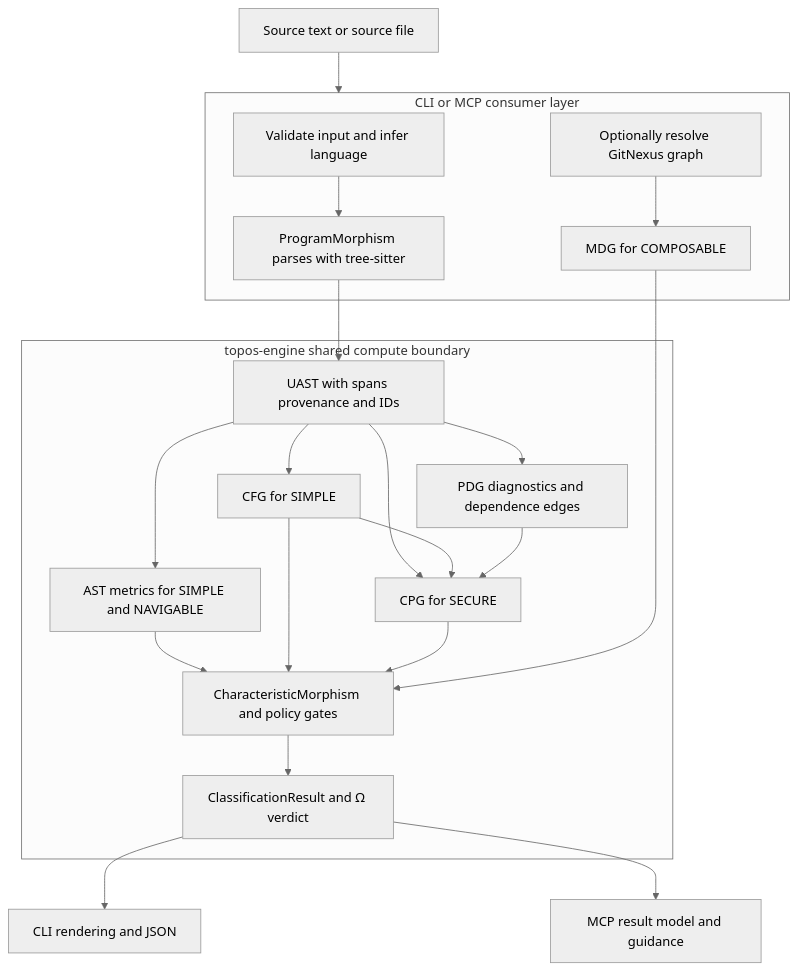
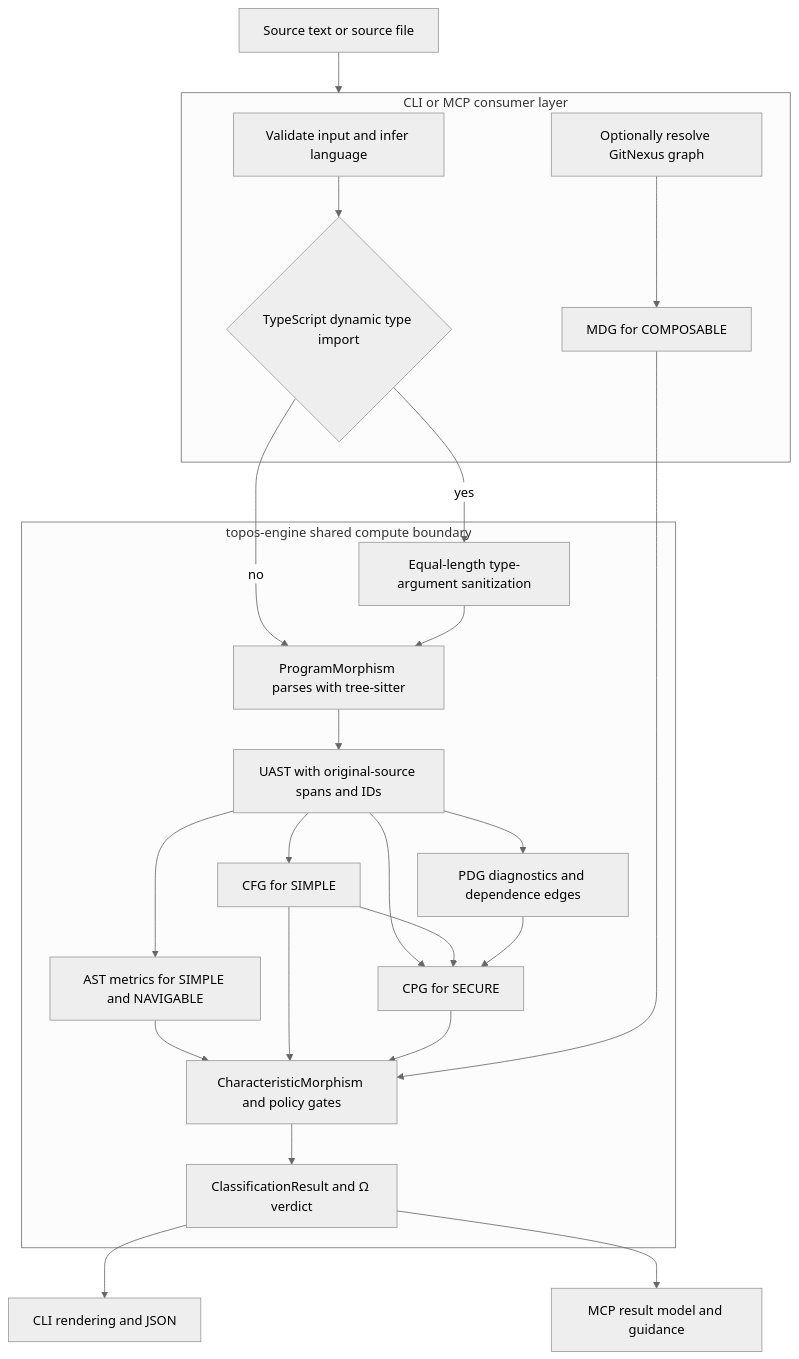
The diagram in openwiki/architecture/overview.md (Krv-Labs/topos), drawn with Mermaid (neutral theme) before and after one commit. The commit also changed other lines of this file and 7 other files, not shown here.

````diff
--- a/openwiki/architecture/overview.md
+++ b/openwiki/architecture/overview.md
@@ -72,26 +76,30 @@
 ```mermaid
 flowchart TD
     Source["Source text or source file"] --> Consumer
     subgraph Consumer["CLI or MCP consumer layer"]
         Input["Validate input and infer language"]
         GraphState["Optionally resolve GitNexus graph"]
-        Input --> Morphism
+        Input --> ParseInput
         GraphState --> Attach
     end
     subgraph Engine["topos-engine shared compute boundary"]
-        Morphism["ProgramMorphism parses with tree-sitter"] --> UAST["UAST with spans provenance and IDs"]
+        ParseInput{"TypeScript dynamic type import"}
+        ParseInput -->|yes| Sanitize["Equal-length type-argument sanitization"]
+        ParseInput -->|no| Morphism
+        Sanitize --> Morphism["ProgramMorphism parses with tree-sitter"]
+        Morphism --> UAST["UAST with original-source spans and IDs"]
         UAST --> AstReadings["AST metrics for SIMPLE and NAVIGABLE"]
         UAST --> CFG["CFG for SIMPLE"]
         UAST --> PDG["PDG diagnostics and dependence edges"]
         UAST --> CPG["CPG for SECURE"]
         CFG --> CPG
         PDG --> CPG
         AstReadings --> Classifier
         CFG --> Classifier
         CPG --> Classifier
         Attach["MDG for COMPOSABLE"] --> Classifier["CharacteristicMorphism and policy gates"]
         Classifier --> Result["ClassificationResult and Ω verdict"]
     end
     Result --> CLI["CLI rendering and JSON"]
     Result --> MCP["MCP result model and guidance"]
 ```
````
